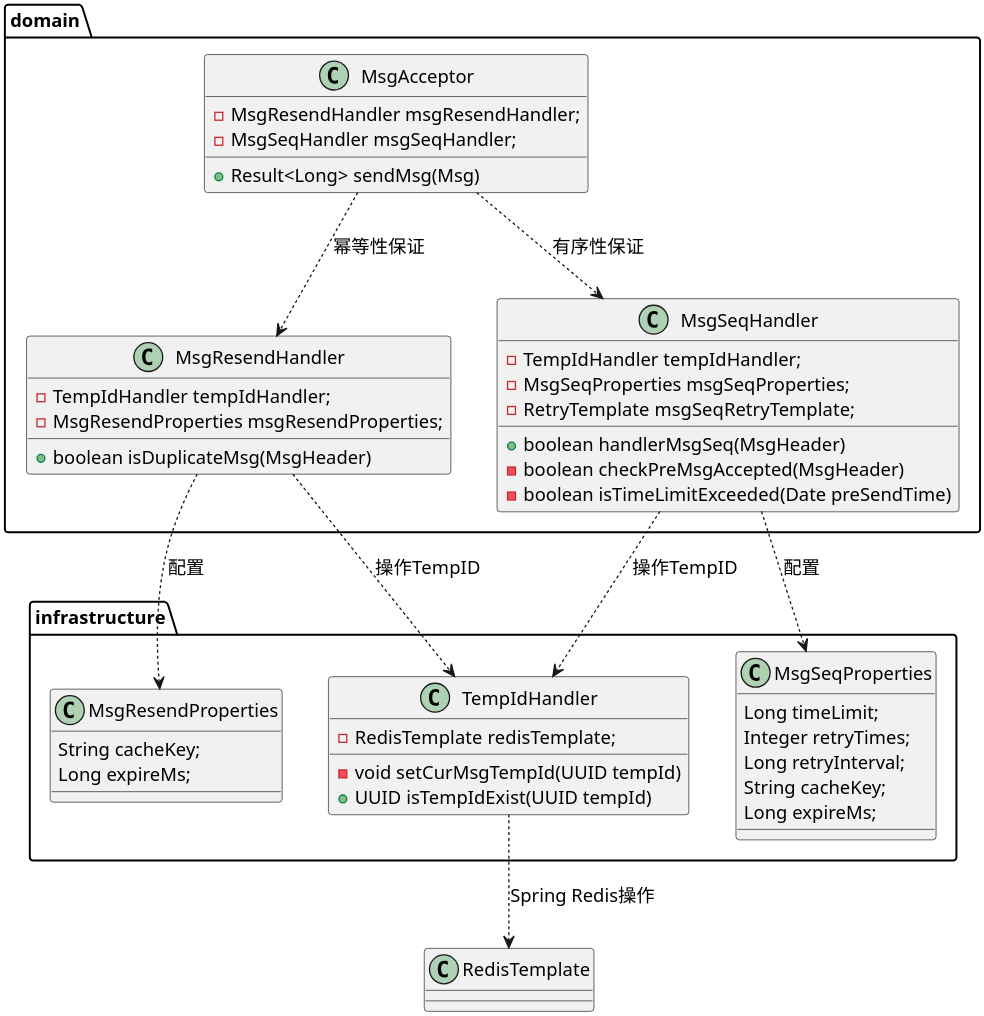
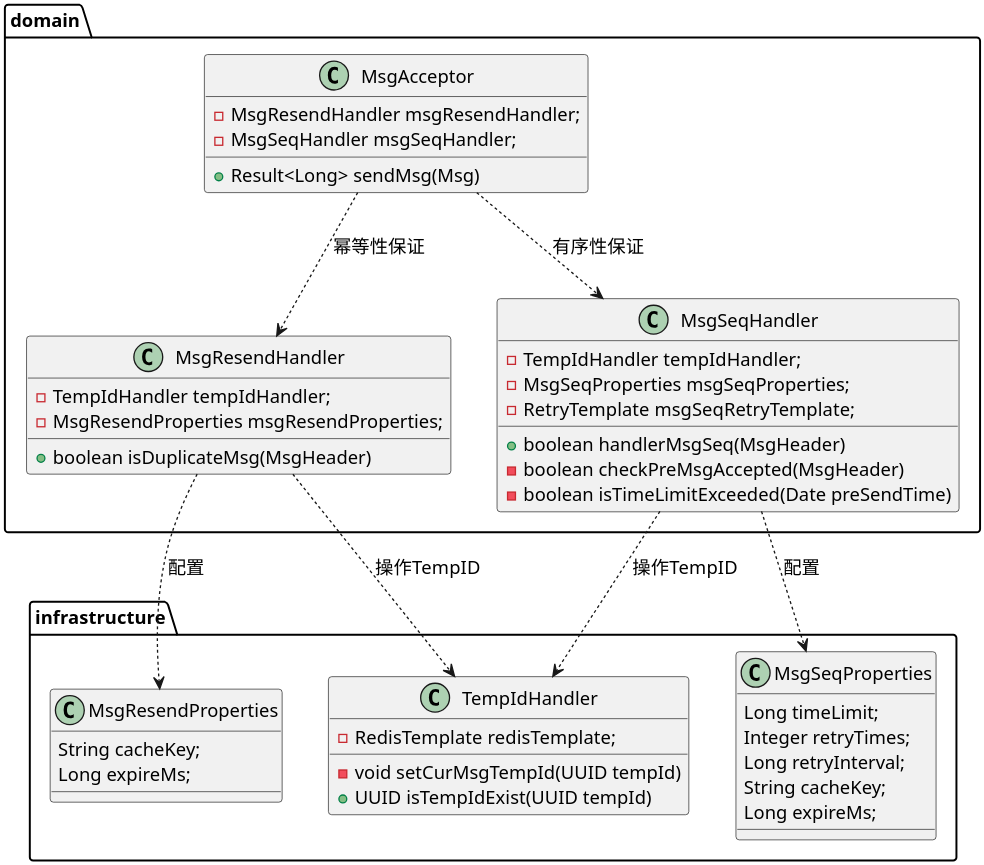
Before and after one commit to Etherealss/MessagePusher: the diagram in uml/msg-accpetor/幂等与有序.puml, drawn with PlantUML. The commit also changed 2 other files, not shown here.

```diff
--- a/uml/msg-accpetor/幂等与有序.puml
+++ b/uml/msg-accpetor/幂等与有序.puml
@@ -1,64 +1,62 @@
 @startuml
 'https://plantuml.com/class-diagram
 skinparam shadowing false
 skinparam defaultFontName xfonts-wqy
 skinparam dpi 300
 skinparam activity  {
     DiamondFontSize 14
     ArrowFontSize 14
     FontSize 14
 }
 
 package domain {
     class MsgAcceptor {
         - MsgResendHandler msgResendHandler;
         - MsgSeqHandler msgSeqHandler;
         + Result<Long> sendMsg(Msg)
     }
     class MsgSeqHandler {
         - TempIdHandler tempIdHandler;
         - MsgSeqProperties msgSeqProperties;
         - RetryTemplate msgSeqRetryTemplate;
         + boolean handlerMsgSeq(MsgHeader)
         - boolean checkPreMsgAccepted(MsgHeader)
         - boolean isTimeLimitExceeded(Date preSendTime)
     }
 
     class MsgResendHandler {
         - TempIdHandler tempIdHandler;
         - MsgResendProperties msgResendProperties;
         + boolean isDuplicateMsg(MsgHeader)
     }
 }
 
 
 package infrastructure {
     class MsgSeqProperties {
         Long timeLimit;
         Integer retryTimes;
         Long retryInterval;
         String cacheKey;
         Long expireMs;
     }
 
     class MsgResendProperties {
         String cacheKey;
         Long expireMs;
     }
     class TempIdHandler {
         - RedisTemplate redisTemplate;
         - void setCurMsgTempId(UUID tempId)
         + UUID isTempIdExist(UUID tempId)
     }
 }
 MsgAcceptor ..> MsgResendHandler: 幂等性保证
 MsgAcceptor ..> MsgSeqHandler: 有序性保证
 
 MsgResendHandler ..> MsgResendProperties: 配置
 MsgSeqHandler ..> MsgSeqProperties: 配置
 
 MsgResendHandler .> TempIdHandler: 操作TempID
 MsgSeqHandler ..> TempIdHandler: 操作TempID
-
-TempIdHandler ..> RedisTemplate: Spring Redis操作
 @enduml
```
